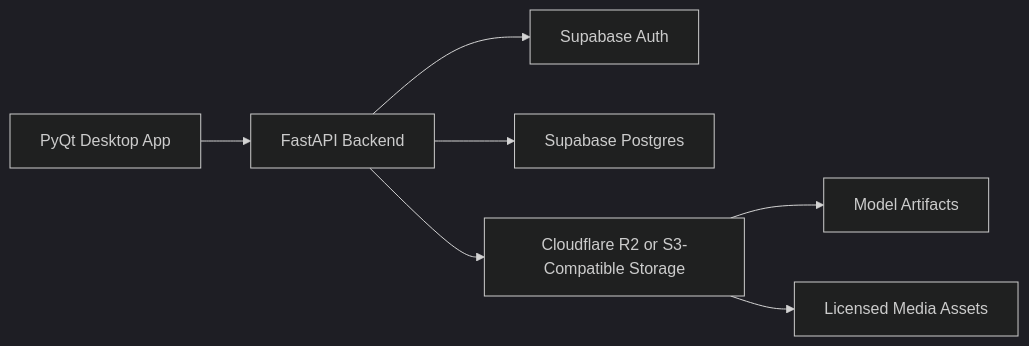
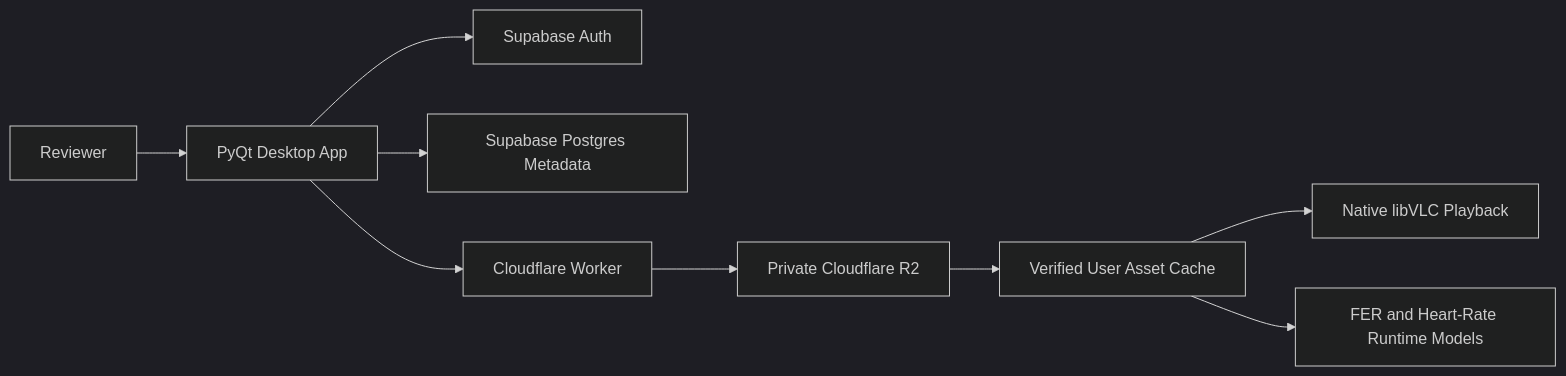
One commit to J0v1t/myrhythm-desktop-prototype changed the diagram in docs/architecture.md. Above: the diagram before and after it, drawn with Mermaid (dark theme). The commit also changed other lines of this file and 51 other files, not shown here.

Commit message:
Make reviewer experience cloud-first and harden assets

````diff
--- a/docs/architecture.md
+++ b/docs/architecture.md
@@ -23,9 +5,11 @@
 ```mermaid
 flowchart LR
-  Desktop["PyQt Desktop App"] --> API["FastAPI Backend"]
-  API --> Auth["Supabase Auth"]
-  API --> DB["Supabase Postgres"]
-  API --> R2["Cloudflare R2 or S3-Compatible Storage"]
-  R2 --> Models["Model Artifacts"]
-  R2 --> Media["Licensed Media Assets"]
+  User["Reviewer"] --> Desktop["PyQt Desktop App"]
+  Desktop --> Auth["Supabase Auth"]
+  Desktop --> Metadata["Supabase Postgres Metadata"]
+  Desktop --> Worker["Cloudflare Worker"]
+  Worker --> R2["Private Cloudflare R2"]
+  R2 --> Cache["Verified User Asset Cache"]
+  Cache --> VLC["Native libVLC Playback"]
+  Cache --> Models["FER and Heart-Rate Runtime Models"]
 ```
````
